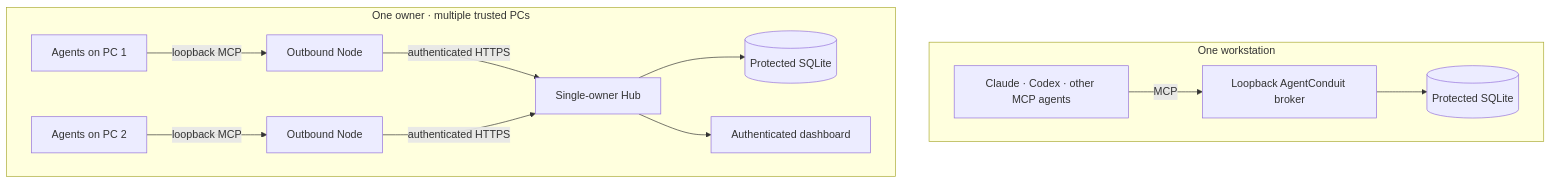
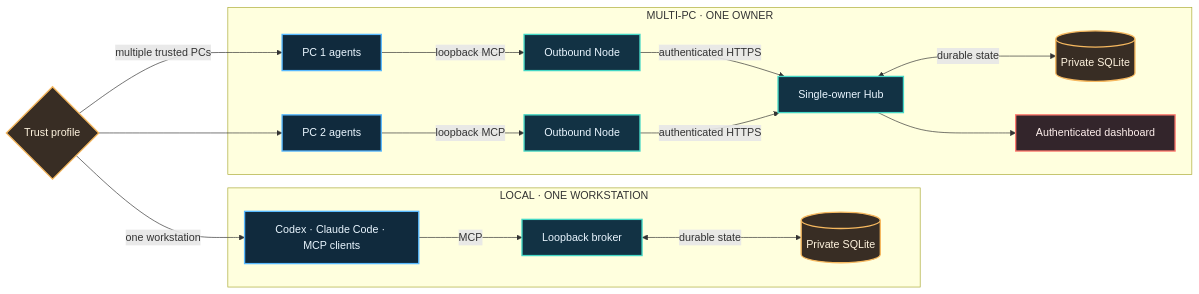
The first of 4 diagrams in README.md (aididhaiqal/AgentConduit), drawn with Mermaid before and after one commit. The commit also changed other lines of this file and 3 other files, not shown here.

Commit message:
Polish AgentConduit README visuals

````diff
--- a/README.md
+++ b/README.md
@@ -71,19 +110,35 @@
 ```mermaid
-flowchart TB
-    subgraph Local["One workstation"]
-        LA["Claude · Codex · other MCP agents"]
-        LB["Loopback AgentConduit broker"]
-        LS[("Protected SQLite")]
+flowchart LR
+    P{"Trust profile"}
+
+    subgraph Local["LOCAL · ONE WORKSTATION"]
+        LA["Codex · Claude Code · MCP clients"]
+        LB["Loopback broker"]
+        LS[("Private SQLite")]
         LA -->|"MCP"| LB
-        LB --> LS
+        LB <-->|"durable state"| LS
     end
 
-    subgraph Multi["One owner · multiple trusted PCs"]
-        A1["Agents on PC 1"] -->|"loopback MCP"| N1["Outbound Node"]
-        A2["Agents on PC 2"] -->|"loopback MCP"| N2["Outbound Node"]
+    subgraph Multi["MULTI-PC · ONE OWNER"]
+        A1["PC 1 agents"] -->|"loopback MCP"| N1["Outbound Node"]
+        A2["PC 2 agents"] -->|"loopback MCP"| N2["Outbound Node"]
         N1 -->|"authenticated HTTPS"| H["Single-owner Hub"]
         N2 -->|"authenticated HTTPS"| H
-        H --> HS[("Protected SQLite")]
+        H <-->|"durable state"| HS[("Private SQLite")]
         H --> UI["Authenticated dashboard"]
     end
+
+    P -->|"one workstation"| LA
+    P -->|"multiple trusted PCs"| A1
+    P --> A2
+
+    classDef agent fill:#102a3d,stroke:#58b9ff,color:#eaf6ff,stroke-width:2px;
+    classDef service fill:#123244,stroke:#44d7c5,color:#eaf6ff,stroke-width:2px;
+    classDef store fill:#382d24,stroke:#f6b85f,color:#fff4df,stroke-width:2px;
+    classDef view fill:#33252b,stroke:#ff7a6e,color:#fff0ed,stroke-width:2px;
+    class LA,A1,A2 agent;
+    class LB,N1,N2,H service;
+    class LS,HS store;
+    class UI view;
+    class P store;
 ```
````
